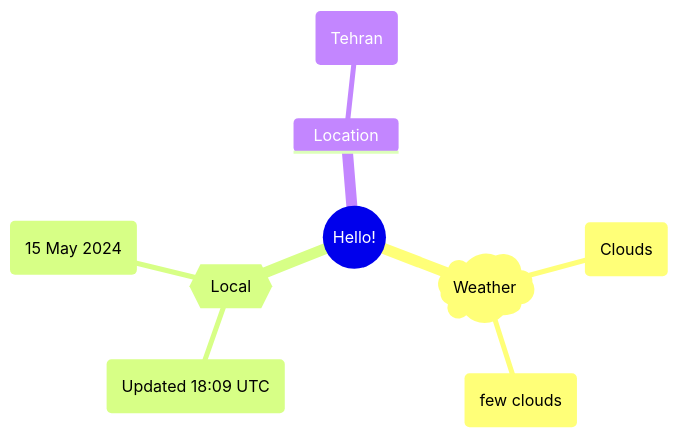
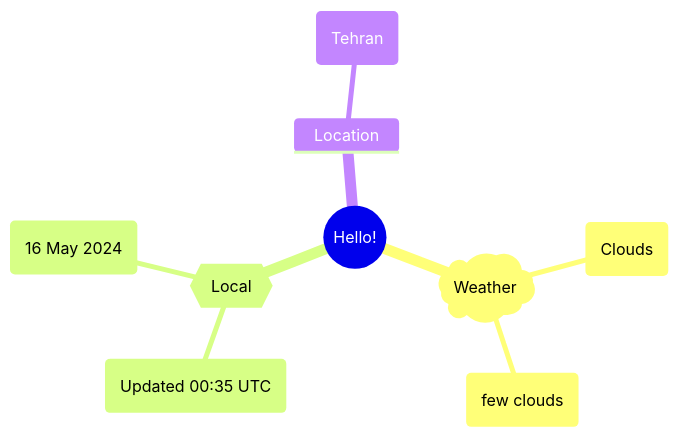
Before and after one commit to Xosrov/Xosrov: the first of 2 diagrams in README.md, drawn with Mermaid.

Commit message:
[bot] updated images

````diff
--- a/README.md
+++ b/README.md
@@ -3,12 +3,12 @@
 ```mermaid
 mindmap
   root((Hello!))
     )Weather(
         (Clouds)
         (few clouds)
     {{Local}}
-        (Updated 18:09 UTC)
-        (15 May 2024)
+        (Updated 00:35 UTC)
+        (16 May 2024)
     Location
         (Tehran)
 ```
````
